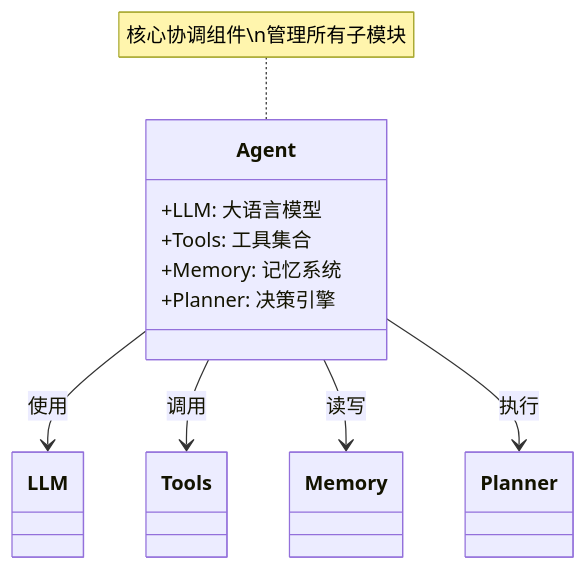
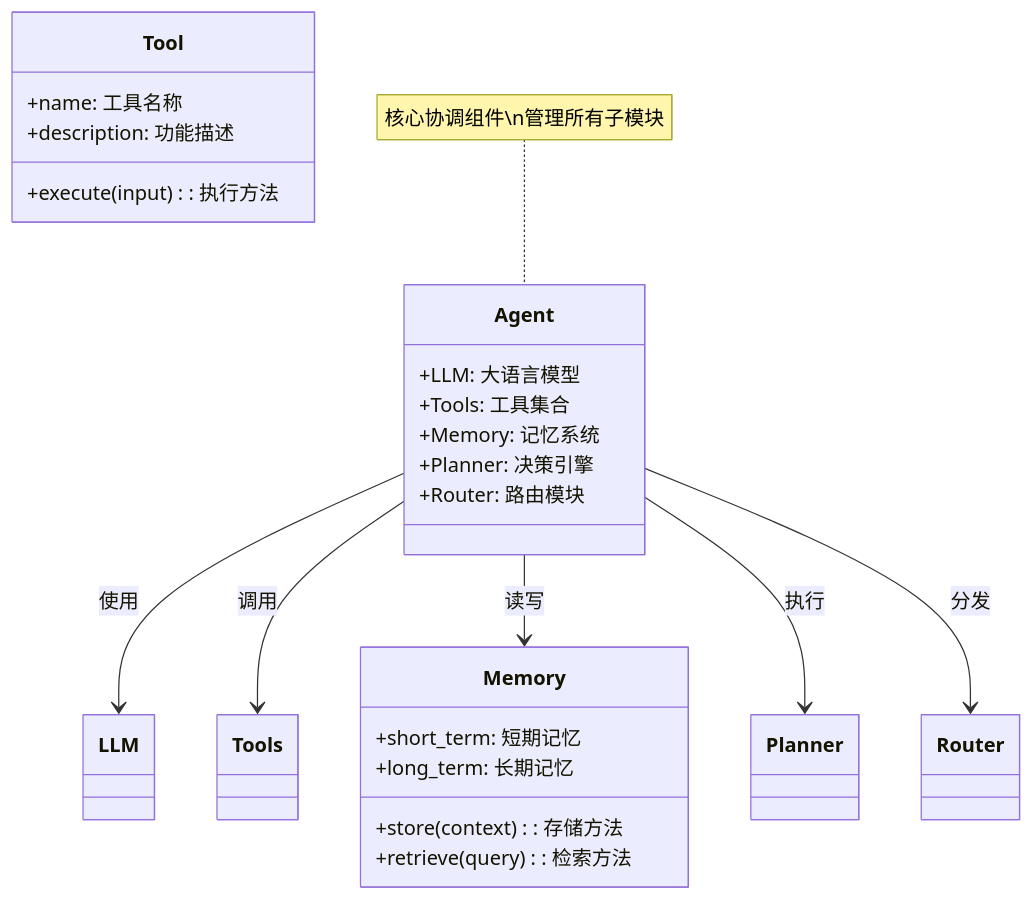
The first of 5 diagrams in _posts/2025-07-14-intro-to-llm-agent-hr.md (KingdeGuo/kingdeguo.github.io), drawn with Mermaid before and after one commit. The commit also changed other lines of this file, not shown here.

```diff
--- a/_posts/2025-07-14-intro-to-llm-agent-hr.md
+++ b/_posts/2025-07-14-intro-to-llm-agent-hr.md
@@ -20,14 +20,27 @@
 <div class="mermaid">
 classDiagram
     class Agent {
         +LLM: 大语言模型
         +Tools: 工具集合
         +Memory: 记忆系统
         +Planner: 决策引擎
+        +Router: 路由模块
     }
     Agent --> LLM: 使用
     Agent --> Tools: 调用
     Agent --> Memory: 读写
     Agent --> Planner: 执行
+    Agent --> Router: 分发
     note for Agent "核心协调组件\n管理所有子模块"
+    class Tool {
+        +name: 工具名称
+        +description: 功能描述
+        +execute(input): 执行方法
+    }
+    class Memory {
+        +short_term: 短期记忆
+        +long_term: 长期记忆
+        +store(context): 存储方法
+        +retrieve(query): 检索方法
+    }
 </div>
```
